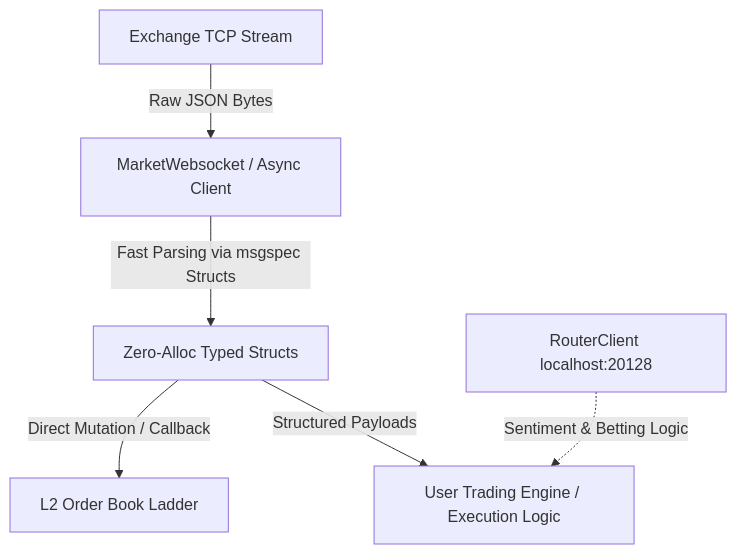
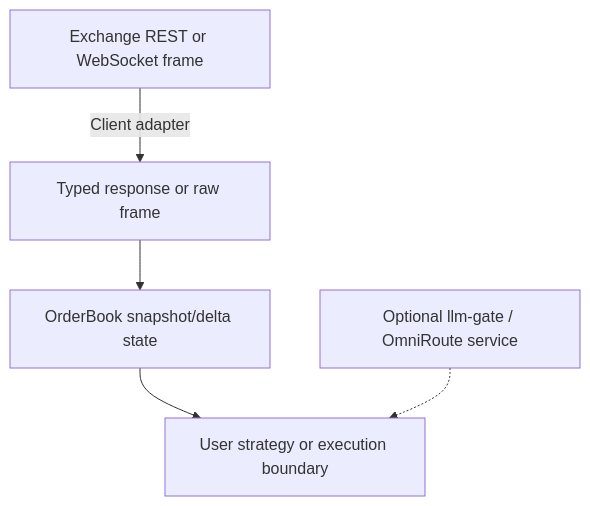
Before and after one commit to mrnicholasbcarter-code/prediction-market-sdk: the diagram in README.md, drawn with Mermaid. The commit also changed other lines of this file and 4 other files, not shown here.

````diff
--- a/README.md
+++ b/README.md
@@ -35,8 +35,7 @@
 ```mermaid
 graph TD
-    A[Exchange TCP Stream] -->|Raw JSON Bytes| B[MarketWebsocket / Async Client]
-    B -->|Fast Parsing via msgspec Structs| C[Zero-Alloc Typed Structs]
-    C -->|Direct Mutation / Callback| D[L2 Order Book Ladder]
-    C -->|Structured Payloads| E[User Trading Engine / Execution Logic]
-    F[RouterClient localhost:20128] -.->|Sentiment & Betting Logic| E
+    A[Exchange REST or WebSocket frame] -->|Client adapter| B[Typed response or raw frame]
+    B --> C[OrderBook snapshot/delta state]
+    C --> D[User strategy or execution boundary]
+    E[Optional llm-gate / OmniRoute service] -.-> D
 ```
````
